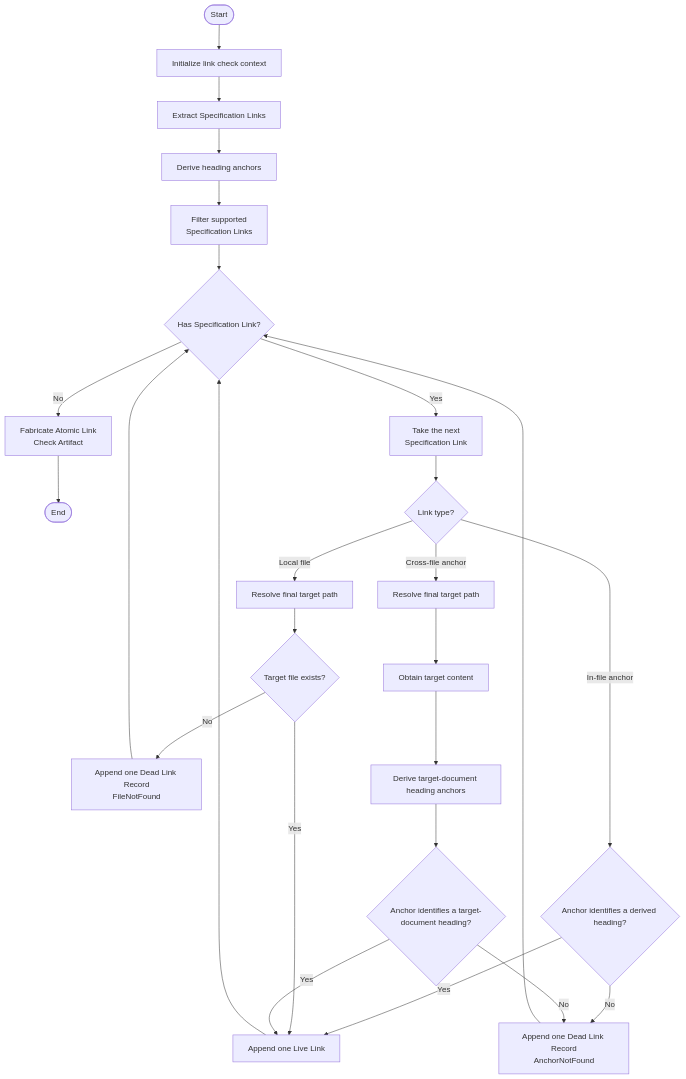
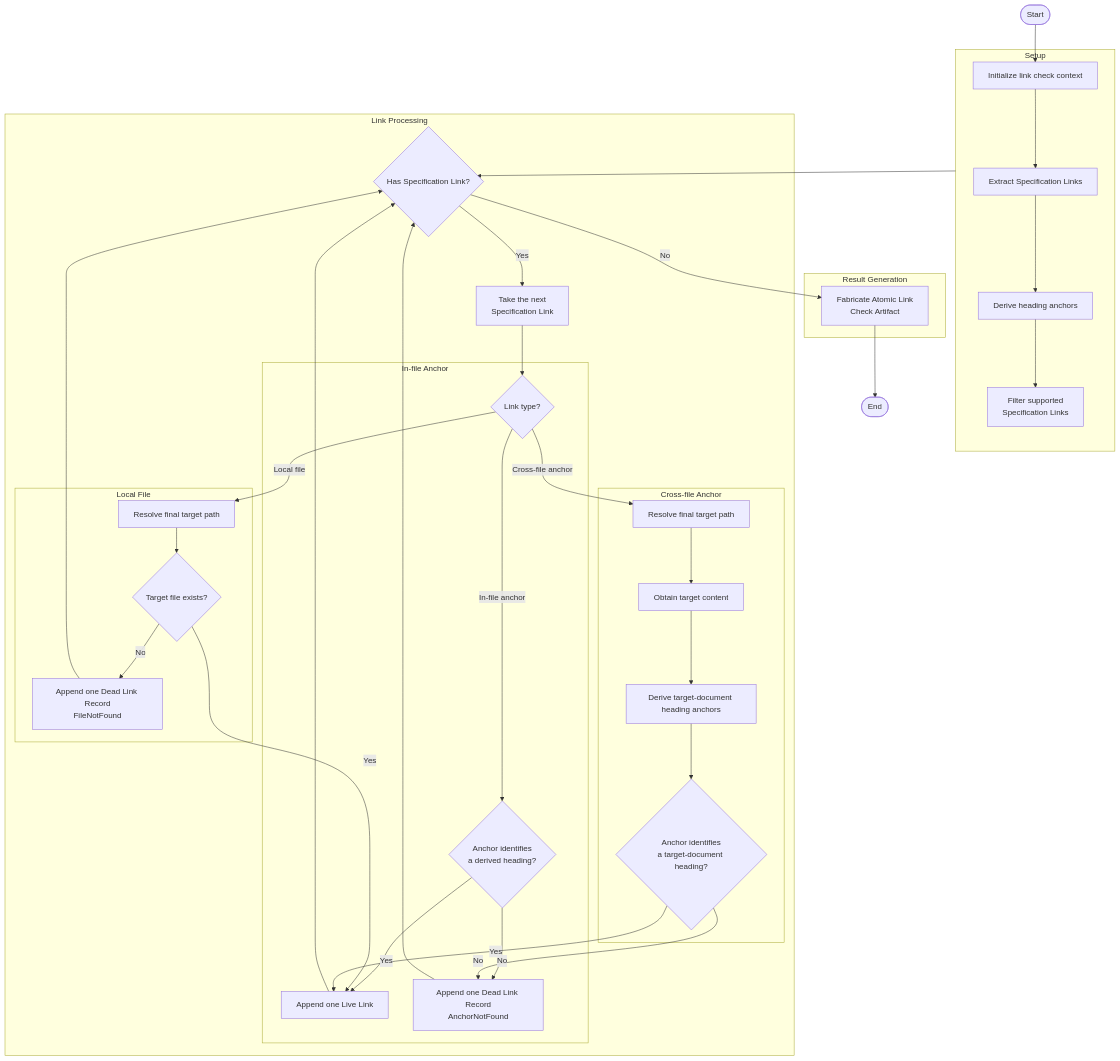
The diagram in specs/md-linkage/use-case/workflows/single-document-check-workflow.md (huang-xiao-jian/bluey), drawn with Mermaid before and after one commit.

Commit message:
docs(md-linkage): group link workflow stages

````diff
--- a/specs/md-linkage/use-case/workflows/single-document-check-workflow.md
+++ b/specs/md-linkage/use-case/workflows/single-document-check-workflow.md
@@ -38,33 +38,48 @@
 ```mermaid
 flowchart TD
     Start([Start]) --> Initialize["Initialize link check context"]
-    Initialize --> Extract["Extract Specification Links"]
-    Extract --> DeriveSourceAnchors["Derive heading anchors"]
-    DeriveSourceAnchors --> Filter["Filter supported<br/>Specification Links"]
-    Filter --> HasLink{"Has Specification Link?"}
 
-    HasLink -- No --> Fabricate["Fabricate Atomic Link<br/>Check Artifact"]
+    subgraph Setup ["Setup"]
+        Initialize --> Extract["Extract Specification Links"]
+        Extract --> DeriveSourceAnchors["Derive heading anchors"]
+        DeriveSourceAnchors --> Filter["Filter supported<br/>Specification Links"]
+    end
+
+    Setup --> HasLink{"Has Specification Link?"}
+
+    subgraph Loop ["Link Processing"]
+        HasLink -- Yes --> TakeLink["Take the next<br/>Specification Link"]
+        TakeLink --> LinkType{"Link type?"}
+
+        subgraph InFile ["In-file Anchor"]
+            LinkType -- In-file anchor --> SourceAnchorExists{"Anchor identifies<br/>a derived heading?"}
+            SourceAnchorExists -- Yes --> AppendLive["Append one Live Link"]
+            SourceAnchorExists -- No --> AppendAnchorDead["Append one Dead Link Record<br/>AnchorNotFound"]
+        end
+
+        subgraph LocalFile ["Local File"]
+            LinkType -- Local file --> ResolveLocal["Resolve final target path"]
+            ResolveLocal --> LocalFileExists{"Target file exists?"}
+            LocalFileExists -- Yes --> AppendLive
+            LocalFileExists -- No --> AppendFileDead["Append one Dead Link Record<br/>FileNotFound"]
+        end
+
+        subgraph CrossFile ["Cross-file Anchor"]
+            LinkType -- Cross-file anchor --> ResolveCrossFile["Resolve final target path"]
+            ResolveCrossFile --> ReadTarget["Obtain target content"]
+            ReadTarget --> DeriveTargetAnchors["Derive target-document heading anchors"]
+            DeriveTargetAnchors --> TargetAnchorExists{"Anchor identifies<br/>a target-document heading?"}
+            TargetAnchorExists -- Yes --> AppendLive
+            TargetAnchorExists -- No --> AppendAnchorDead
+        end
+    end
+
+    subgraph Result ["Result Generation"]
+        AppendLive --> HasLink
+        AppendAnchorDead --> HasLink
+        AppendFileDead --> HasLink
+        HasLink -- No --> Fabricate["Fabricate Atomic Link<br/>Check Artifact"]
+    end
+
     Fabricate --> End([End])
-    HasLink -- Yes --> TakeLink["Take the next<br/>Specification Link"]
-    TakeLink --> LinkType{"Link type?"}
-
-    LinkType -- In-file anchor --> SourceAnchorExists{"Anchor identifies a derived heading?"}
-    SourceAnchorExists -- Yes --> AppendLive["Append one Live Link"]
-    SourceAnchorExists -- No --> AppendAnchorDead["Append one Dead Link Record<br/>AnchorNotFound"]
-
-    LinkType -- Local file --> ResolveLocal["Resolve final target path"]
-    ResolveLocal --> LocalFileExists{"Target file exists?"}
-    LocalFileExists -- Yes --> AppendLive
-    LocalFileExists -- No --> AppendFileDead["Append one Dead Link Record<br/>FileNotFound"]
-
-    LinkType -- Cross-file anchor --> ResolveCrossFile["Resolve final target path"]
-    ResolveCrossFile --> ReadTarget["Obtain target content"]
-    ReadTarget --> DeriveTargetAnchors["Derive target-document heading anchors"]
-    DeriveTargetAnchors --> TargetAnchorExists{"Anchor identifies a target-document heading?"}
-    TargetAnchorExists -- Yes --> AppendLive
-    TargetAnchorExists -- No --> AppendAnchorDead
-
-    AppendLive --> HasLink
-    AppendAnchorDead --> HasLink
-    AppendFileDead --> HasLink
 ```
````
